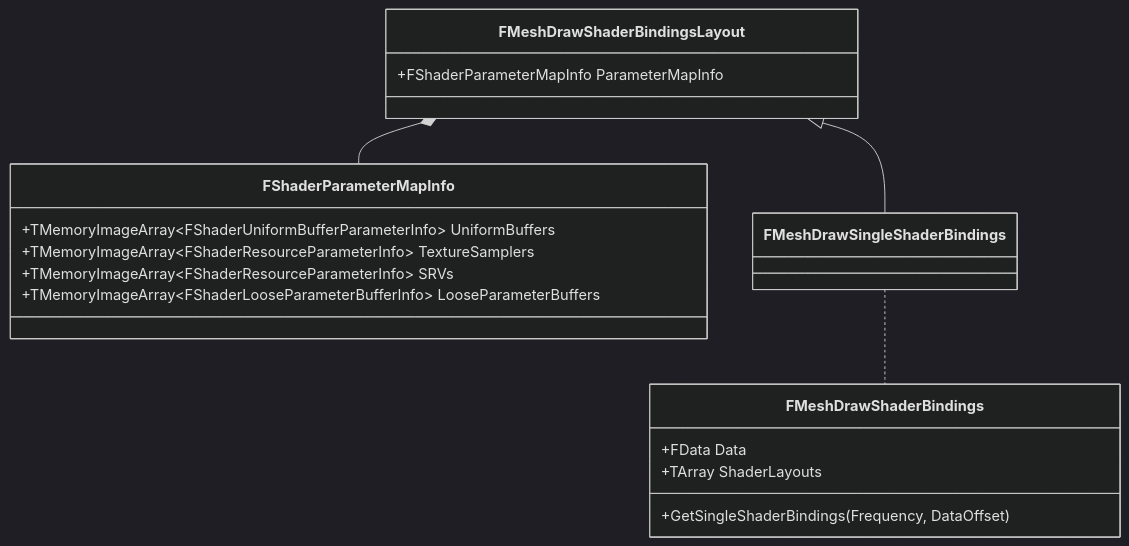
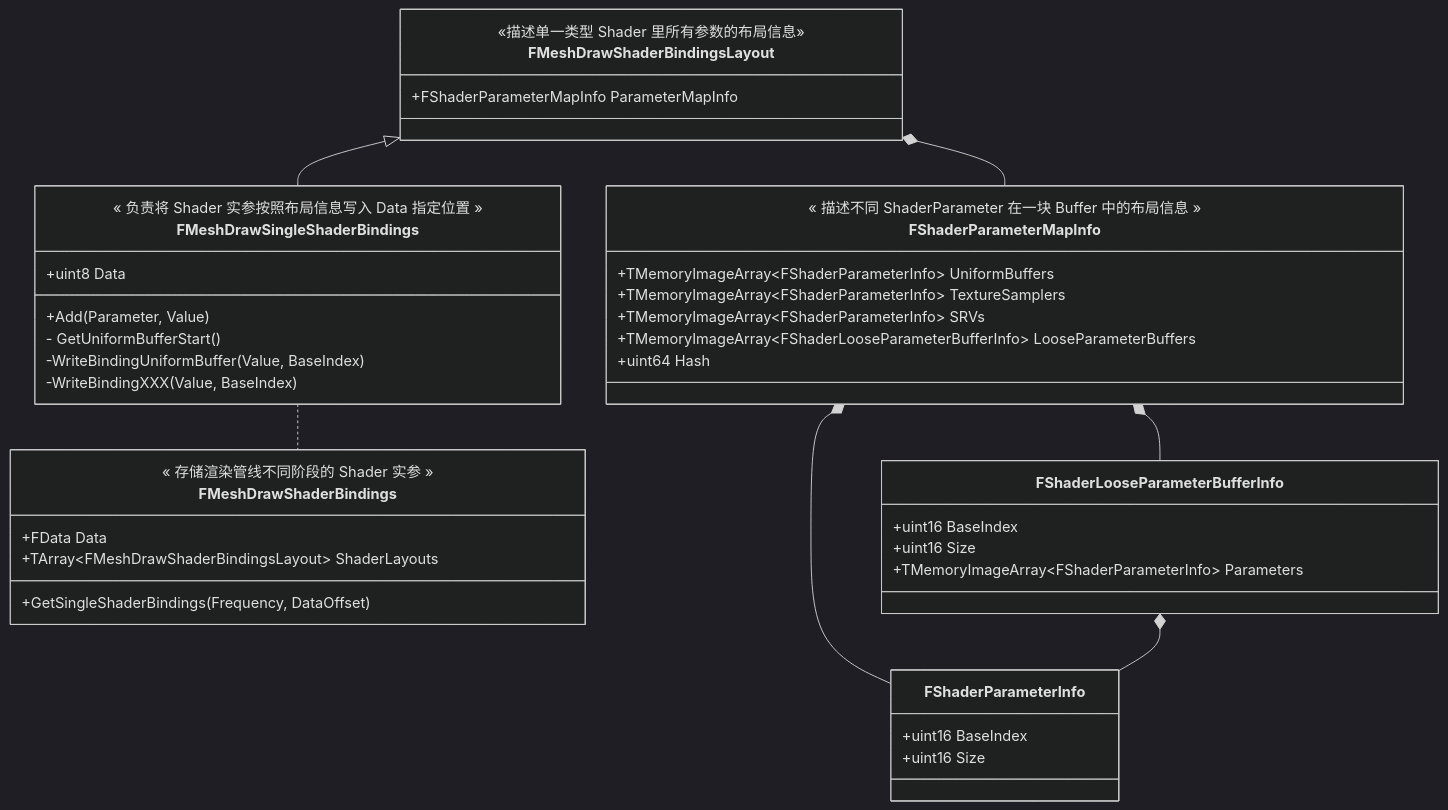
One commit to StormPhoenix/Notebook changed the second of 4 diagrams in notes/阅读笔记.UnrealEngine.渲染流程与数据组织框架.ShaderBindings.md. Above: the diagram before and after it, drawn with Mermaid (dark theme). The commit also changed other lines of this file and 1 other file, not shown here.

````diff
--- a/notes/阅读笔记.UnrealEngine.渲染流程与数据组织框架.ShaderBindings.md
+++ b/notes/阅读笔记.UnrealEngine.渲染流程与数据组织框架.ShaderBindings.md
@@ -76,22 +70,45 @@
 ```mermaid
 classDiagram
-   class FMeshDrawShaderBindingsLayout {
-      +FShaderParameterMapInfo ParameterMapInfo
-   }
-   class FShaderParameterMapInfo {
-      +TMemoryImageArray~FShaderUniformBufferParameterInfo~ UniformBuffers
-      +TMemoryImageArray~FShaderResourceParameterInfo~ TextureSamplers
-      +TMemoryImageArray~FShaderResourceParameterInfo~ SRVs
-      +TMemoryImageArray~FShaderLooseParameterBufferInfo~ LooseParameterBuffers
-   }
-   FMeshDrawShaderBindingsLayout *-- FShaderParameterMapInfo
-   class FMeshDrawSingleShaderBindings
-   class FMeshDrawShaderBindings {
-      +FData Data
-      +TArray<FMeshDrawShaderBindingsLayout> ShaderLayouts
-      +GetSingleShaderBindings(Frequency, DataOffset) 
-   }
+    class FMeshDrawShaderBindingsLayout {
+        <<描述单一类型 Shader 里所有参数的布局信息>>
+        +FShaderParameterMapInfo ParameterMapInfo
+    }
+    class FMeshDrawSingleShaderBindings {
+        << 负责将 Shader 实参按照布局信息写入 Data 指定位置 >>
+        +uint8 Data
+        +Add(Parameter, Value)
+        - GetUniformBufferStart()
+        -WriteBindingUniformBuffer(Value, BaseIndex)
+        -WriteBindingXXX(Value, BaseIndex)
+    }
+    class FShaderParameterMapInfo {
+        << 描述不同 ShaderParameter 在一块 Buffer 中的布局信息 >>
+        +TMemoryImageArray~FShaderParameterInfo~ UniformBuffers
+        +TMemoryImageArray~FShaderParameterInfo~ TextureSamplers
+        +TMemoryImageArray~FShaderParameterInfo~ SRVs
+        +TMemoryImageArray~FShaderLooseParameterBufferInfo~ LooseParameterBuffers
+        +uint64 Hash
+    }
+    class FShaderParameterInfo {
+        +uint16 BaseIndex
+        +uint16 Size 
+    }
+    class FShaderLooseParameterBufferInfo {
+        +uint16 BaseIndex
+        +uint16 Size 
+        +TMemoryImageArray~FShaderParameterInfo~ Parameters
+    }
+    class FMeshDrawShaderBindings {
+        << 存储渲染管线不同阶段的 Shader 实参 >>
+        +FData Data
+        +TArray~FMeshDrawShaderBindingsLayout~ ShaderLayouts
+        +GetSingleShaderBindings(Frequency, DataOffset) 
+    }
 
-   FMeshDrawShaderBindingsLayout <|-- FMeshDrawSingleShaderBindings 
-   FMeshDrawSingleShaderBindings .. FMeshDrawShaderBindings
+    FMeshDrawShaderBindingsLayout <|-- FMeshDrawSingleShaderBindings
+    FMeshDrawShaderBindingsLayout *-- FShaderParameterMapInfo
+    FShaderParameterMapInfo *-- FShaderParameterInfo
+    FShaderParameterMapInfo *-- FShaderLooseParameterBufferInfo
+    FShaderLooseParameterBufferInfo *-- FShaderParameterInfo
+    FMeshDrawSingleShaderBindings .. FMeshDrawShaderBindings
 ```
````
